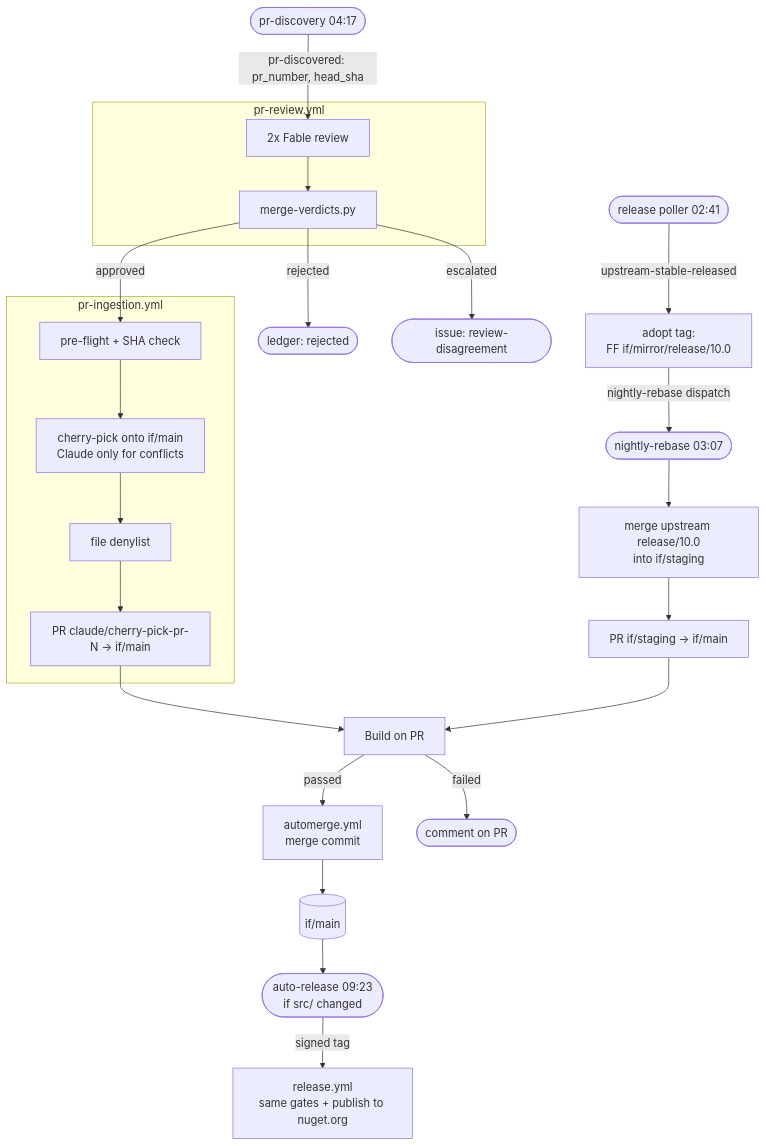
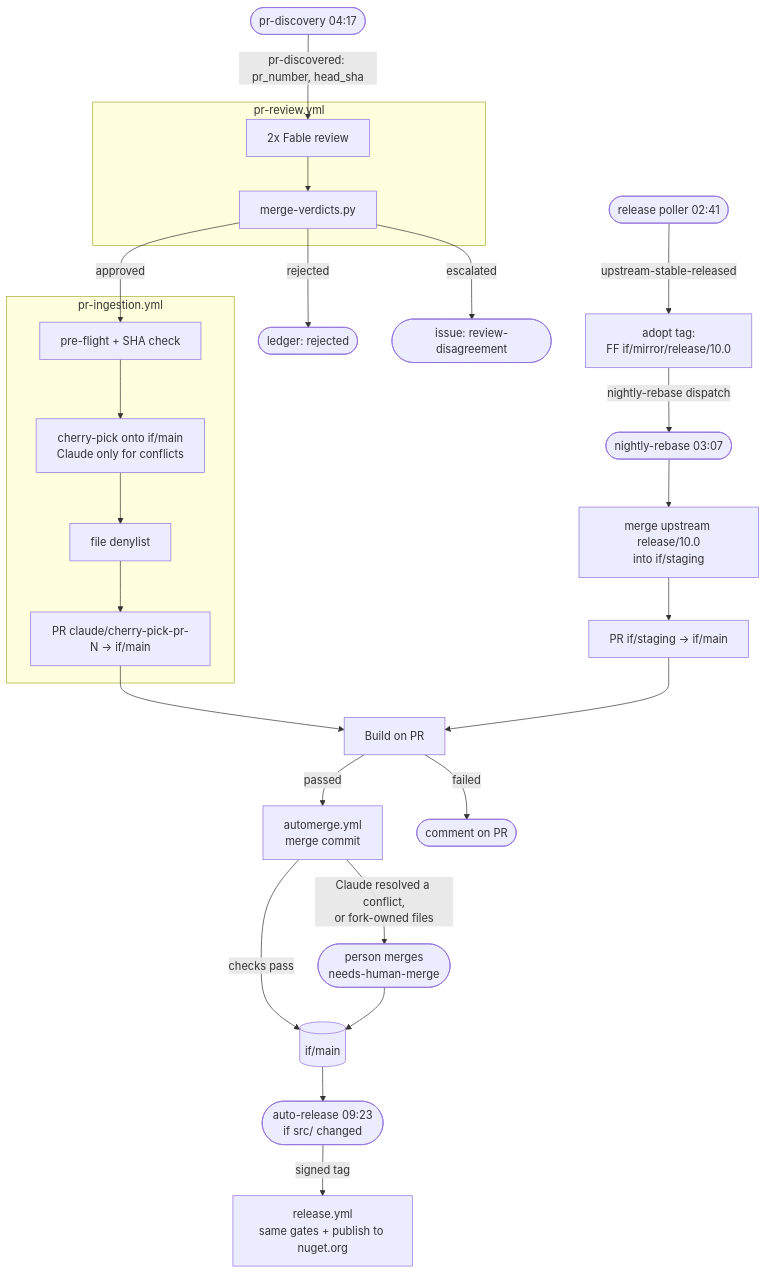
One commit to InitialForce/wpf changed the diagram in FORK.md. Above: the diagram before and after it, drawn with Mermaid. The commit also changed other lines of this file and 2 other files, not shown here.

````diff
--- a/FORK.md
+++ b/FORK.md
@@ -253,32 +266,34 @@
 ```mermaid
 flowchart TD
     D([pr-discovery 04:17]) -->|pr-discovered: pr_number, head_sha| R
 
     subgraph Review["pr-review.yml"]
         R[2x Fable review] --> MV[merge-verdicts.py]
     end
 
     MV -->|approved| I
     MV -->|rejected| Z1([ledger: rejected])
     MV -->|escalated| Z2([issue: review-disagreement])
 
     subgraph Ingest["pr-ingestion.yml"]
         I[pre-flight + SHA check] --> CP[cherry-pick onto if/main\nClaude only for conflicts]
         CP --> DL[file denylist]
         DL --> PR1[PR claude/cherry-pick-pr-N -> if/main]
     end
 
     N([nightly-rebase 03:07]) --> S[merge upstream release/10.0\ninto if/staging]
     S --> PR2[PR if/staging -> if/main]
     P([release poller 02:41]) -->|upstream-stable-released| A[adopt tag:\nFF if/mirror/release/10.0]
     A -->|nightly-rebase dispatch| N
 
     PR1 --> B[Build on PR]
     PR2 --> B
     B -->|passed| M[automerge.yml\nmerge commit]
     B -->|failed| C([comment on PR])
-    M --> MAIN[(if/main)]
+    M -->|checks pass| MAIN[(if/main)]
+    M -->|Claude resolved a conflict,\nor fork-owned files| H([person merges\nneeds-human-merge])
+    H --> MAIN
 
     MAIN --> AR([auto-release 09:23\nif src/ changed])
     AR -->|signed tag| REL[release.yml\nsame gates + publish to nuget.org]
 ```
````
